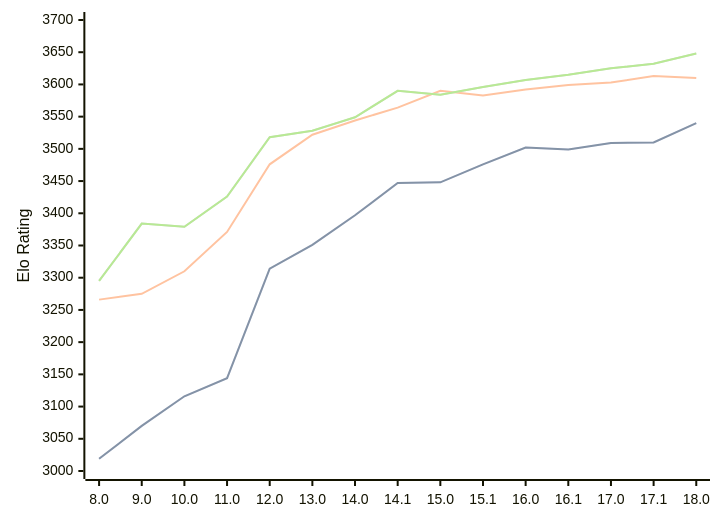
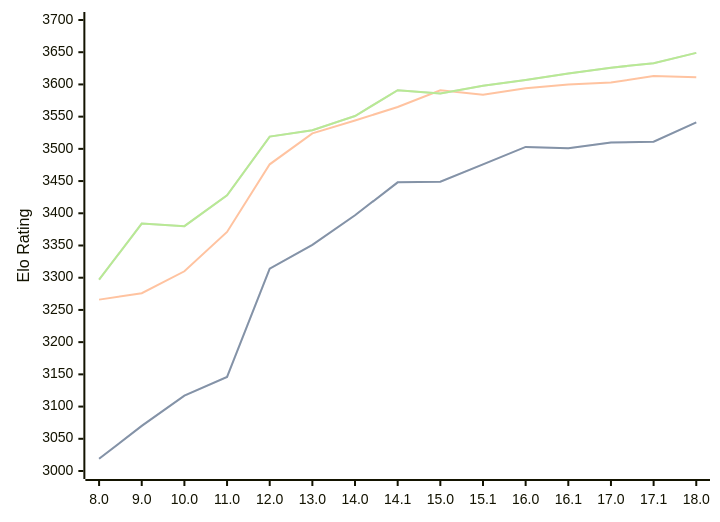
The diagram in engines/Stockfish.md (computer-chess-index/cci), drawn with Mermaid before and after one commit. The commit also changed other lines of this file, not shown here.

Commit message:
Update CCI Ratings (ELO VLTC) - 2026-04-13

````diff
--- a/engines/Stockfish.md
+++ b/engines/Stockfish.md
@@ -46,11 +46,11 @@
 ```mermaid
 %%{init: {"theme":"base","themeVariables":{"seriesColors:['#a3a3a3','#222221','#faa371']}}}%%
 xychart-beta
   x-axis ["8.0", "9.0", "10.0", "11.0", "12.0", "13.0", "14.0", "14.1", "15.0", "15.1", "16.0", "16.1", "17.0", "17.1", "18.0"]
   y-axis "Elo Rating" 3000 --> 3700
-  line "STC (8.0+0.08s)" [3019, 3070, 3116, 3144, 3314, 3351, 3397, 3447, 3448, 3476, 3502, 3499, 3509, 3510, 3540]
-  line "STC (8.0+0.08s)" [3019, 3070, 3116, 3144, 3314, 3351, 3397, 3447, 3448, 3476, 3502, 3499, 3509, 3510, 3540]
-  line "LTC (60.0+0.60s)" [3266, 3275, 3310, 3371, 3476, 3522, 3544, 3564, 3590, 3583, 3592, 3599, 3603, 3613, 3610]
-  line "VLTC (2m24s+1.12s)" [3295, 3384, 3379, 3426, 3518, 3528, 3549, 3590, 3584, 3596, 3607, 3615, 3625, 3632, 3648]
-  line "VLTC (2m24s+1.12s)" [3295, 3384, 3379, 3426, 3518, 3528, 3549, 3590, 3584, 3596, 3607, 3615, 3625, 3632, 3648]
+  line "STC (8.0+0.08s)" [3019, 3070, 3117, 3146, 3314, 3351, 3397, 3448, 3449, 3476, 3503, 3501, 3510, 3511, 3541]
+  line "STC (8.0+0.08s)" [3019, 3070, 3117, 3146, 3314, 3351, 3397, 3448, 3449, 3476, 3503, 3501, 3510, 3511, 3541]
+  line "LTC (60.0+0.60s)" [3266, 3276, 3310, 3371, 3476, 3524, 3544, 3565, 3591, 3584, 3594, 3600, 3603, 3613, 3611]
+  line "VLTC (2m24s+1.12s)" [3297, 3384, 3380, 3428, 3519, 3529, 3551, 3591, 3586, 3598, 3607, 3617, 3626, 3633, 3649]
+  line "VLTC (2m24s+1.12s)" [3297, 3384, 3380, 3428, 3519, 3529, 3551, 3591, 3586, 3598, 3607, 3617, 3626, 3633, 3649]
 ```
````
